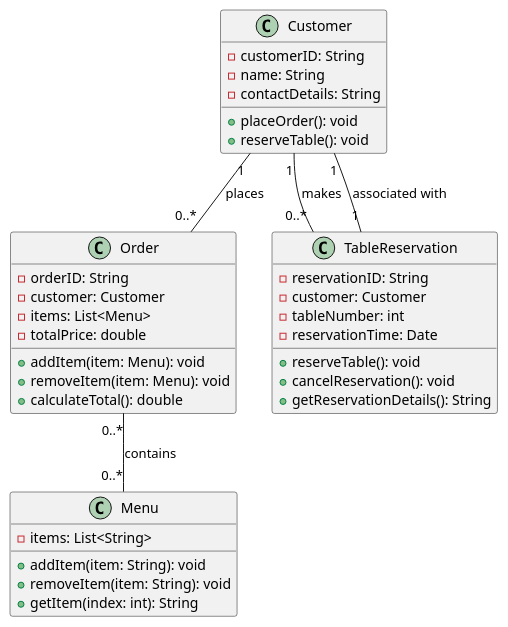
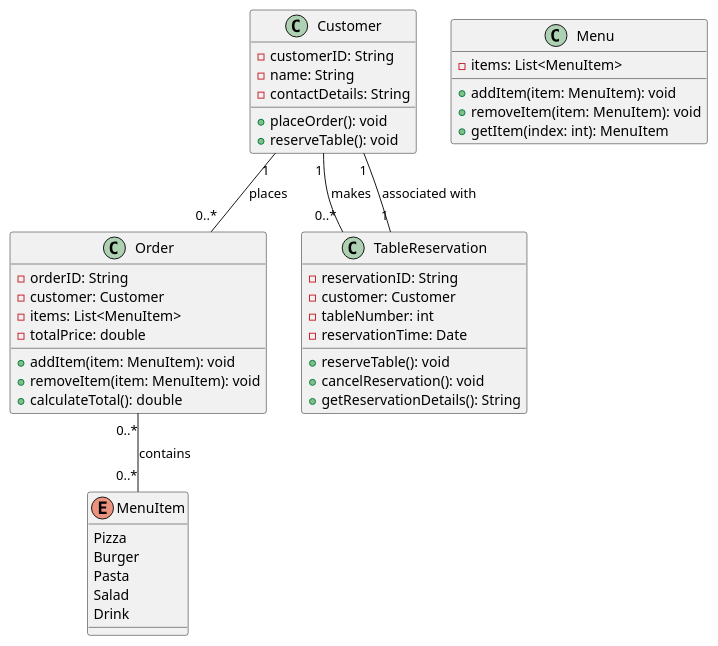
Before and after one commit to Soksan369/Dart-Project: the diagram in Restaurant-project/UML/Restaurant-Management-System.wsd, drawn with PlantUML. The commit also changed 2 other files, not shown here.

Commit message:
implement the new algo and add diagram

```diff
--- a/Restaurant-project/UML/Restaurant-Management-System.wsd
+++ b/Restaurant-project/UML/Restaurant-Management-System.wsd
@@ -1,43 +1,51 @@
 @startuml
+
+enum MenuItem {
+  Pizza
+  Burger
+  Pasta
+  Salad
+  Drink
+}
 
 class Customer {
   -customerID: String
   -name: String
   -contactDetails: String
   +placeOrder(): void
   +reserveTable(): void
 }
 
 class Menu {
-  -items: List<String>
-  +addItem(item: String): void
-  +removeItem(item: String): void
-  +getItem(index: int): String
+  -items: List<MenuItem>
+  +addItem(item: MenuItem): void
+  +removeItem(item: MenuItem): void
+  +getItem(index: int): MenuItem
 }
 
 class Order {
   -orderID: String
   -customer: Customer
-  -items: List<Menu>
+  -items: List<MenuItem>
   -totalPrice: double
-  +addItem(item: Menu): void
-  +removeItem(item: Menu): void
+  +addItem(item: MenuItem): void
+  +removeItem(item: MenuItem): void
   +calculateTotal(): double
 }
 
 class TableReservation {
   -reservationID: String
   -customer: Customer
   -tableNumber: int
   -reservationTime: Date
   +reserveTable(): void
   +cancelReservation(): void
   +getReservationDetails(): String
 }
 
 Customer "1" -- "0..*" Order: places
 Customer "1" -- "0..*" TableReservation: makes
-Order "0..*" -- "0..*" Menu: contains
+Order "0..*" -- "0..*" MenuItem: contains
 TableReservation "1" -- "1" Customer: associated with
 
 @enduml
```
